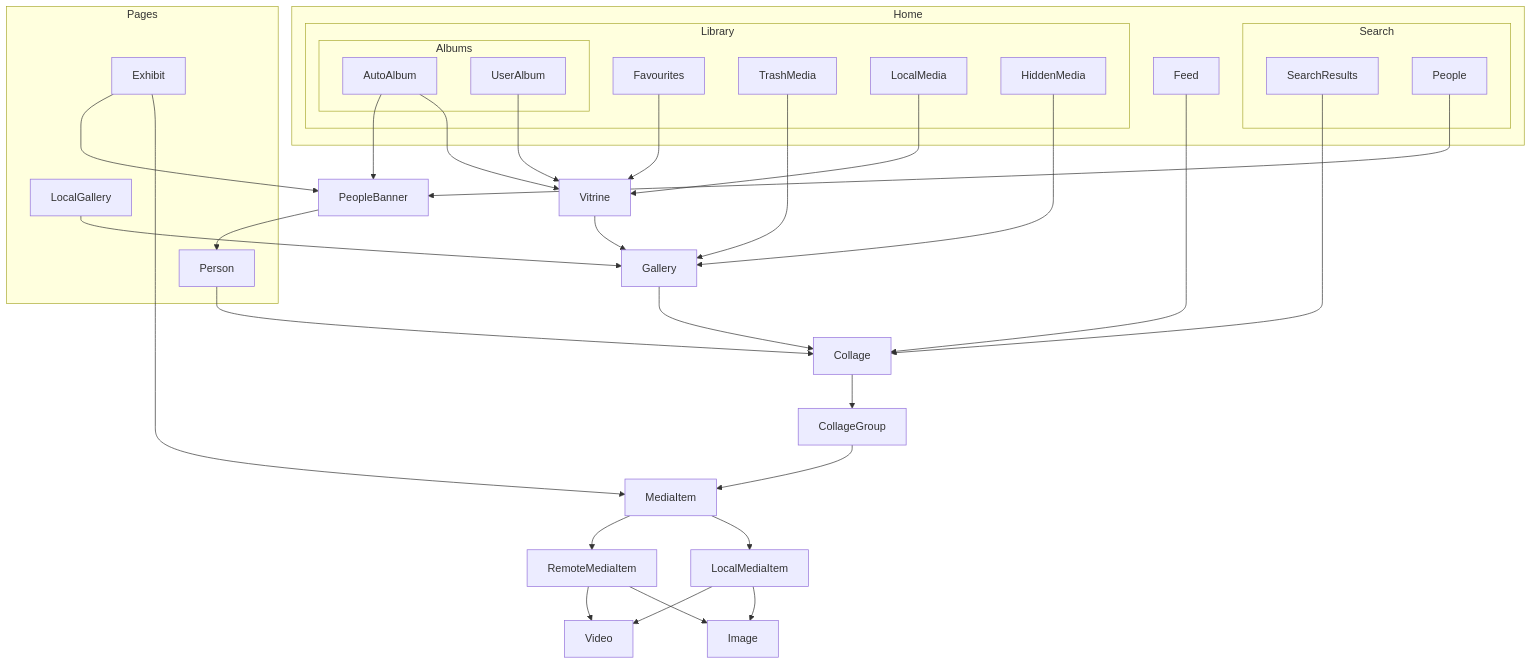
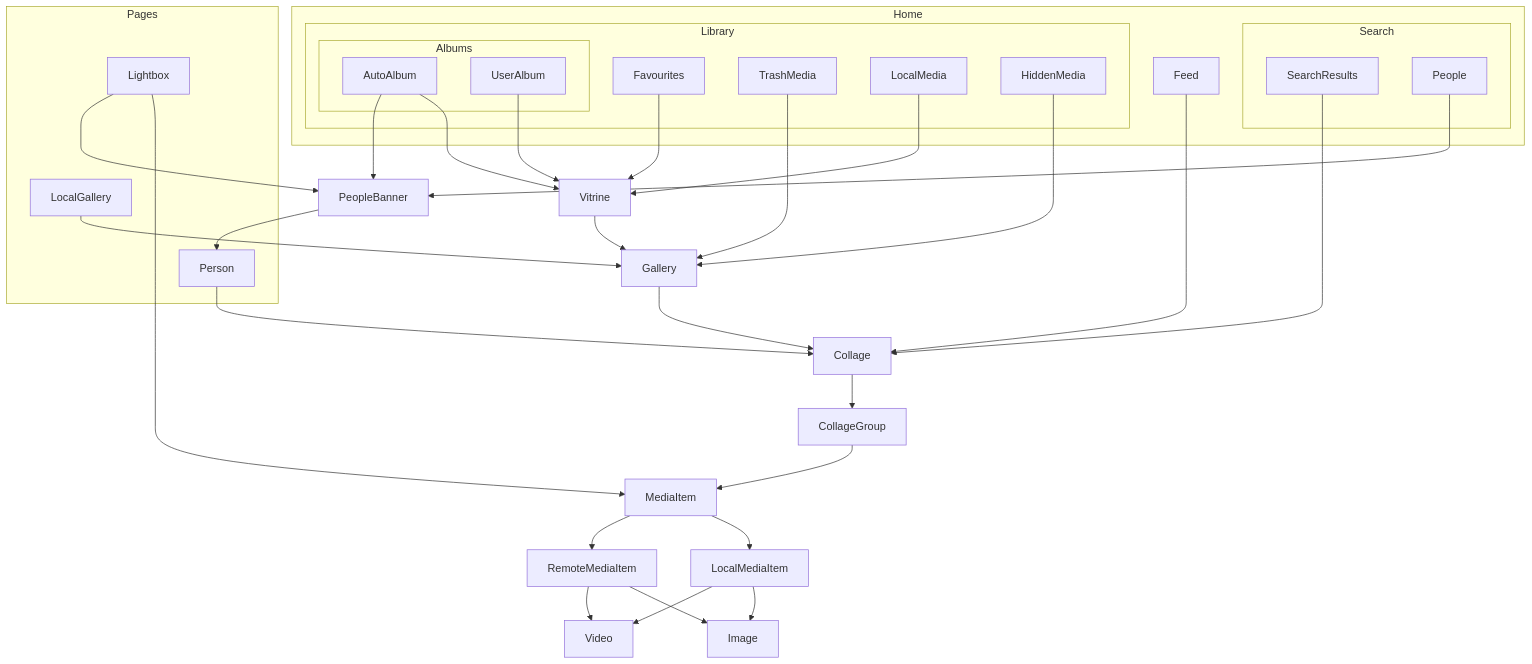
Before and after one commit to savvasdalkitsis/uhuruphotos-android: the diagram in domain-model.md, drawn with Mermaid. The commit also changed 100 other files, not shown here.

Commit message:
Renaming exhibit to lightbox

````diff
--- a/domain-model.md
+++ b/domain-model.md
@@ -5,59 +5,59 @@
 ```mermaid 
 graph TD;
 
     Gallery-->Collage
     Collage-->CollageGroup
     CollageGroup-->MediaItem
-    Exhibit-->MediaItem
+    Lightbox-->MediaItem
     MediaItem-->LocalMediaItem
     MediaItem-->RemoteMediaItem
     LocalMediaItem-->Image
     LocalMediaItem-->Video
     RemoteMediaItem-->Image
     RemoteMediaItem-->Video
     AutoAlbum-->Vitrine
     UserAlbum-->Vitrine
     Favourites-->Vitrine
     Vitrine-->Gallery
     TrashMedia-->Gallery
     LocalMedia-->Vitrine
     LocalGallery-->Gallery
     HiddenMedia-->Gallery
     Person-->Collage
     SearchResults-->Collage
     Feed-->Collage
     People-->PeopleBanner
     PeopleBanner-->Person
-    Exhibit-->PeopleBanner
+    Lightbox-->PeopleBanner
     AutoAlbum-->PeopleBanner
 
     subgraph Pages
         Person
         LocalGallery
-        Exhibit
+        Lightbox
     end
 
     subgraph Search
         SearchResults
         People
     end
 
     subgraph Albums
         AutoAlbum
         UserAlbum
     end
 
     subgraph Library
         TrashMedia
         HiddenMedia
         Albums
         Favourites
         LocalMedia
     end
 
     subgraph Home
         Feed
         Search
         Library
     end
 ```
````
